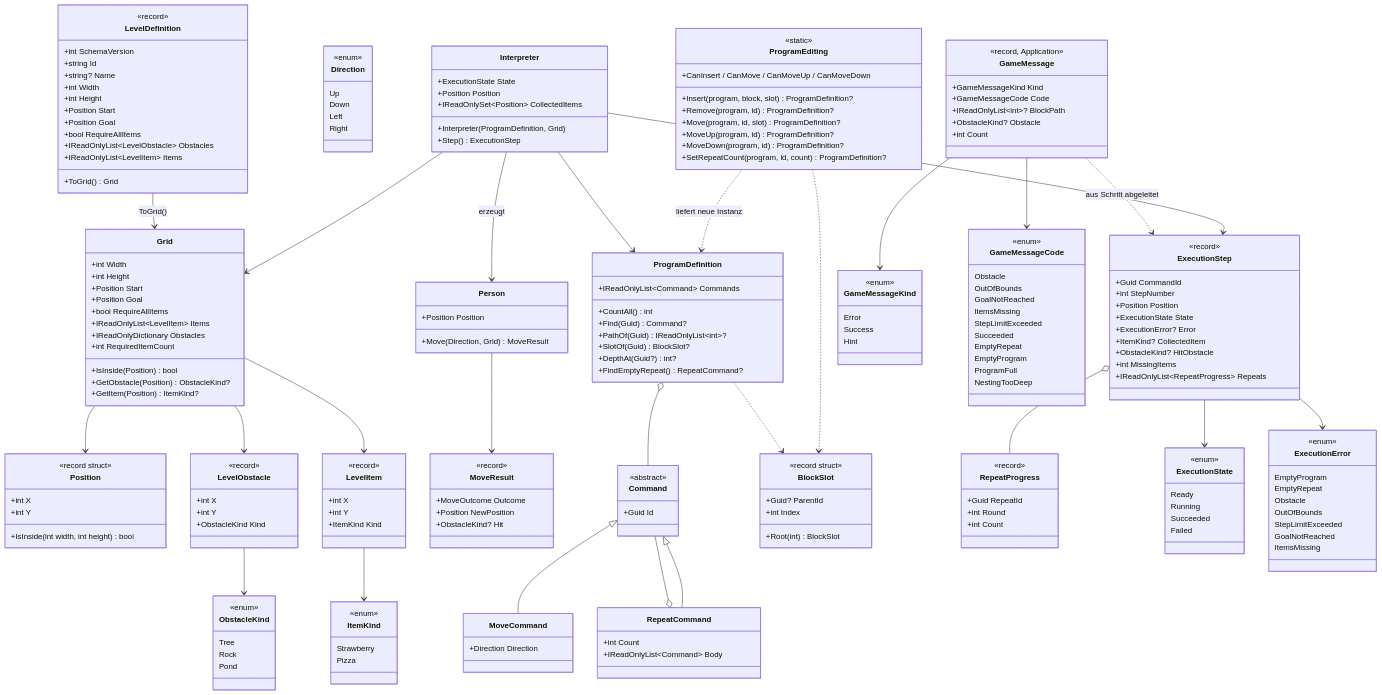
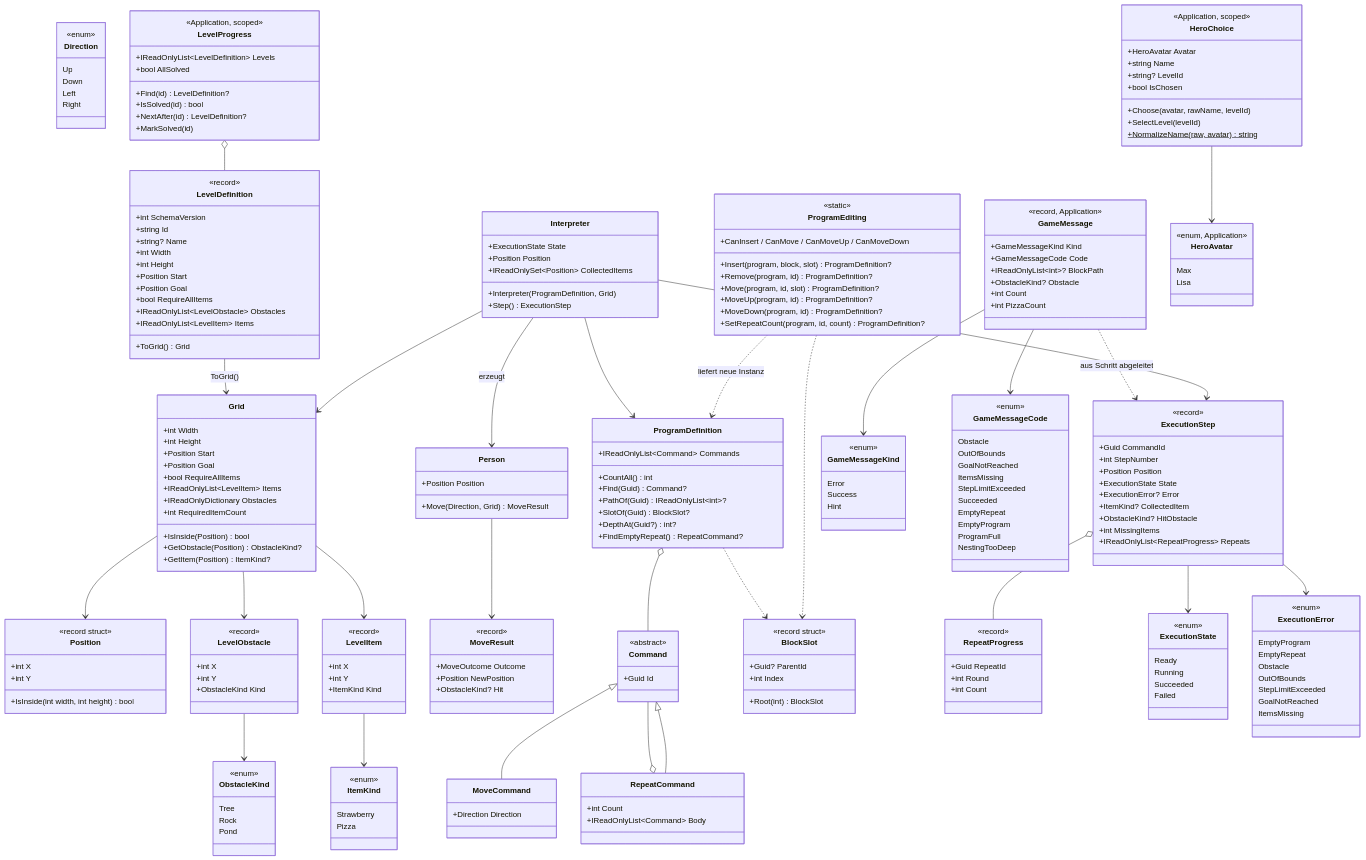
One commit to ramonafrick/HeroPath changed the fourth of 6 diagrams in docs/Architektur C4.md. Above: the diagram before and after it, drawn with Mermaid. The commit also changed other lines of this file and 3 other files, not shown here.

```diff
--- a/docs/Architektur C4.md
+++ b/docs/Architektur C4.md
@@ -306,6 +337,7 @@
     +IReadOnlyList~int~? BlockPath
     +ObstacleKind? Obstacle
     +int Count
+    +int PizzaCount
   }
   class GameMessageKind {
     <<enum>>
@@ -326,6 +358,30 @@
     ProgramFull
     NestingTooDeep
   }
+  class HeroAvatar {
+    <<enum, Application>>
+    Max
+    Lisa
+  }
+  class HeroChoice {
+    <<Application, scoped>>
+    +HeroAvatar Avatar
+    +string Name
+    +string? LevelId
+    +bool IsChosen
+    +Choose(avatar, rawName, levelId)
+    +SelectLevel(levelId)
+    +NormalizeName(raw, avatar) string$
+  }
+  class LevelProgress {
+    <<Application, scoped>>
+    +IReadOnlyList~LevelDefinition~ Levels
+    +bool AllSolved
+    +Find(id) LevelDefinition?
+    +IsSolved(id) bool
+    +NextAfter(id) LevelDefinition?
+    +MarkSolved(id)
+  }
   Command <|-- MoveCommand
   Command <|-- RepeatCommand
   RepeatCommand o-- Command
@@ -343,6 +399,8 @@
   GameMessage --> GameMessageKind
   GameMessage --> GameMessageCode
   GameMessage ..> ExecutionStep : aus Schritt abgeleitet
+  HeroChoice --> HeroAvatar
+  LevelProgress o-- LevelDefinition
   Person --> MoveResult
   Grid --> Position
   Grid --> LevelObstacle
```
